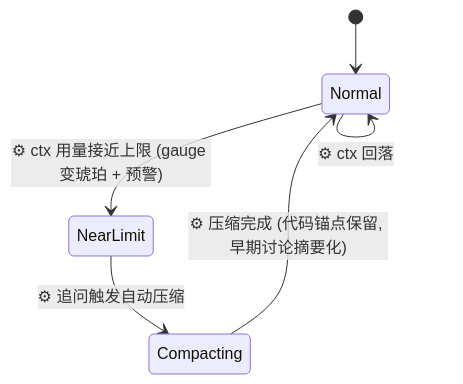
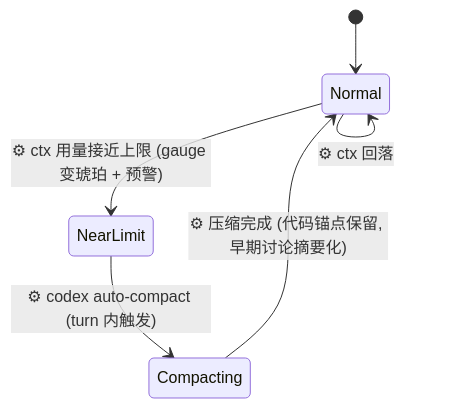
The sixth of 16 diagrams in docs/design/ui-states.md (xieziyu/duetlens), drawn with Mermaid before and after one commit. The commit also changed other lines of this file and 3 other files, not shown here.

````diff
--- a/docs/design/ui-states.md
+++ b/docs/design/ui-states.md
@@ -123,8 +123,8 @@
 ```mermaid
 stateDiagram-v2
     [*] --> Normal
     Normal --> NearLimit : ⚙ ctx 用量接近上限 (gauge 变琥珀 + 预警)
-    NearLimit --> Compacting : ⚙ 追问触发自动压缩
+    NearLimit --> Compacting : ⚙ codex auto-compact (turn 内触发)
     Compacting --> Normal : ⚙ 压缩完成 (代码锚点保留, 早期讨论摘要化)
     Normal --> Normal : ⚙ ctx 回落
 ```
````
